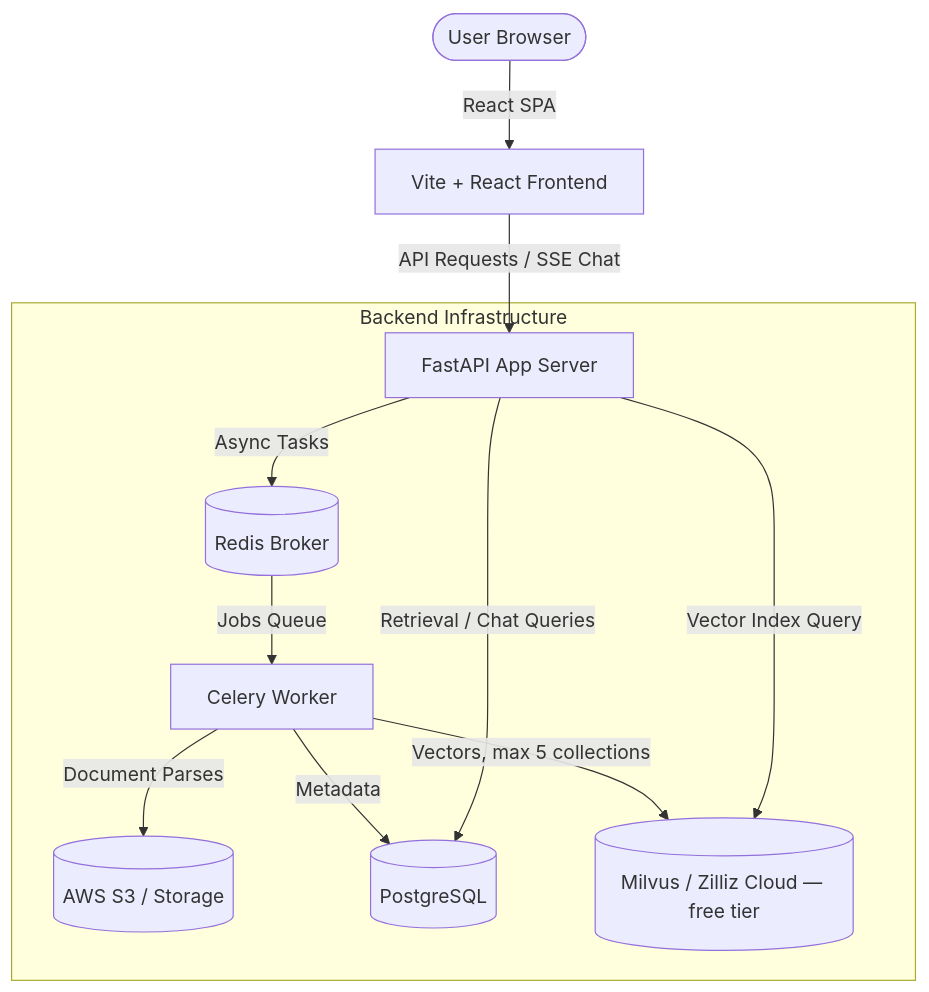
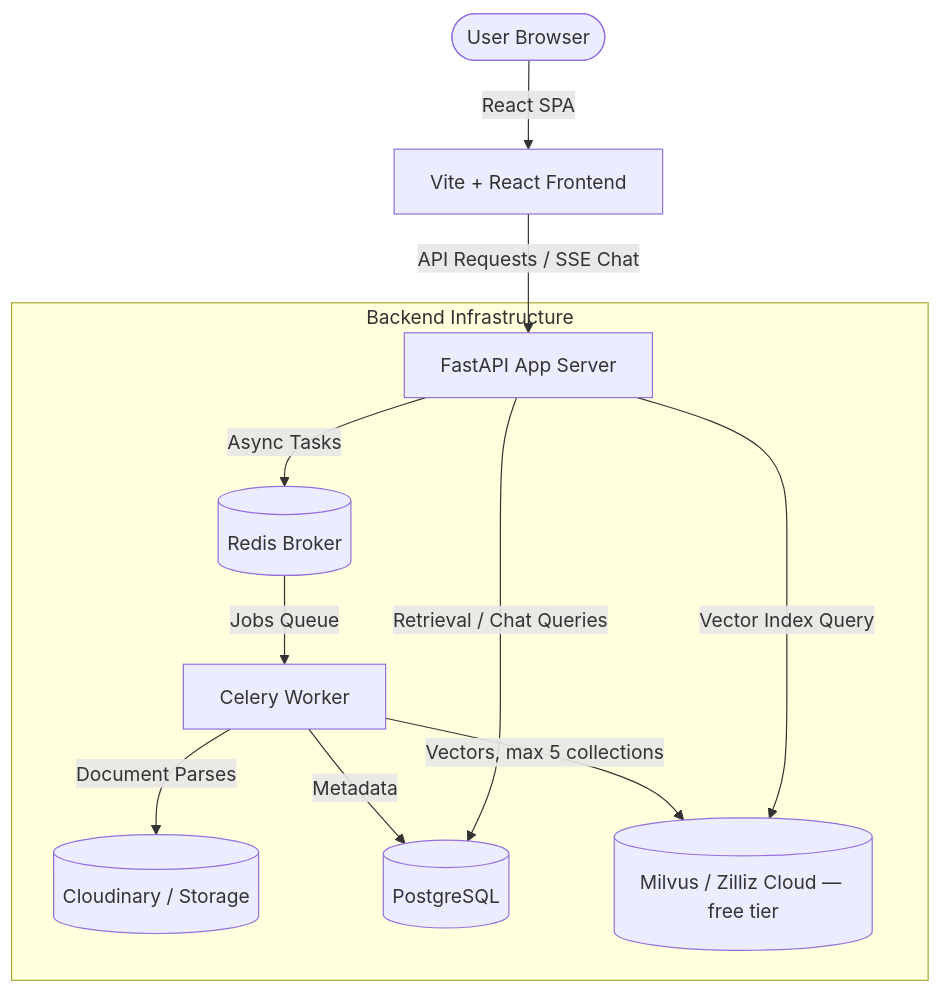
The diagram in README.md (JudeSamJ/VectraFlow), drawn with Mermaid before and after one commit. The commit also changed other lines of this file and 10 other files, not shown here.

First line of the commit message:
Remove AWS/S3 dependency, switch document storage to Cloudinary

````diff
--- a/README.md
+++ b/README.md
@@ -21,16 +22,16 @@
 ```mermaid
 graph TD
     User([User Browser]) -->|React SPA| FE[Vite + React Frontend]
     FE -->|API Requests / SSE Chat| BE[FastAPI App Server]
     
     subgraph Backend Infrastructure
         BE -->|Async Tasks| Redis[(Redis Broker)]
         Redis -->|Jobs Queue| CW[Celery Worker]
-        CW -->|Document Parses| S3[(AWS S3 / Storage)]
+        CW -->|Document Parses| CDN[(Cloudinary / Storage)]
         CW -->|Metadata| DB[(PostgreSQL)]
         CW -->|Vectors, max 5 collections| MV[(Milvus / Zilliz Cloud — free tier)]
         
         BE -->|Retrieval / Chat Queries| DB
         BE -->|Vector Index Query| MV
     end
 ```
````
